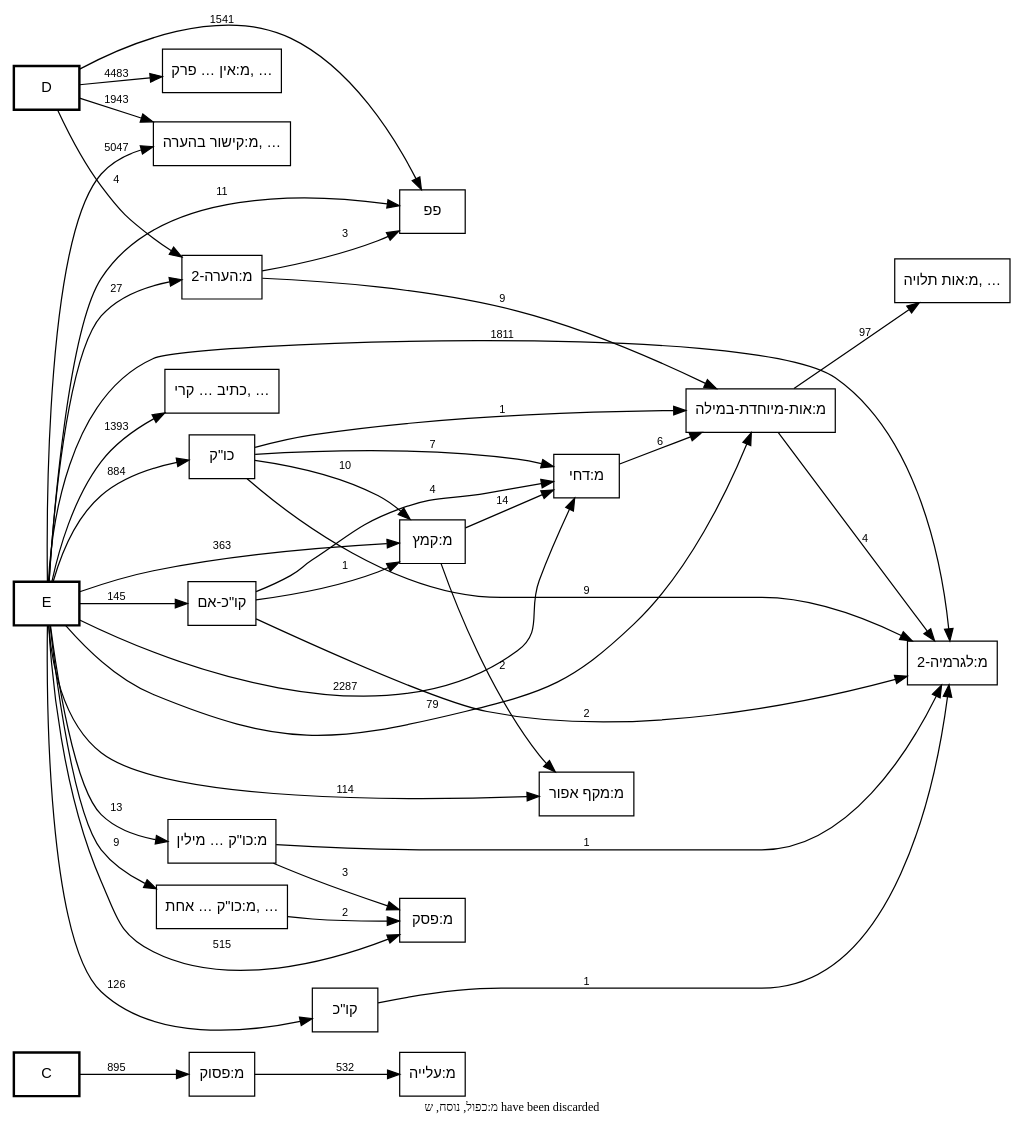
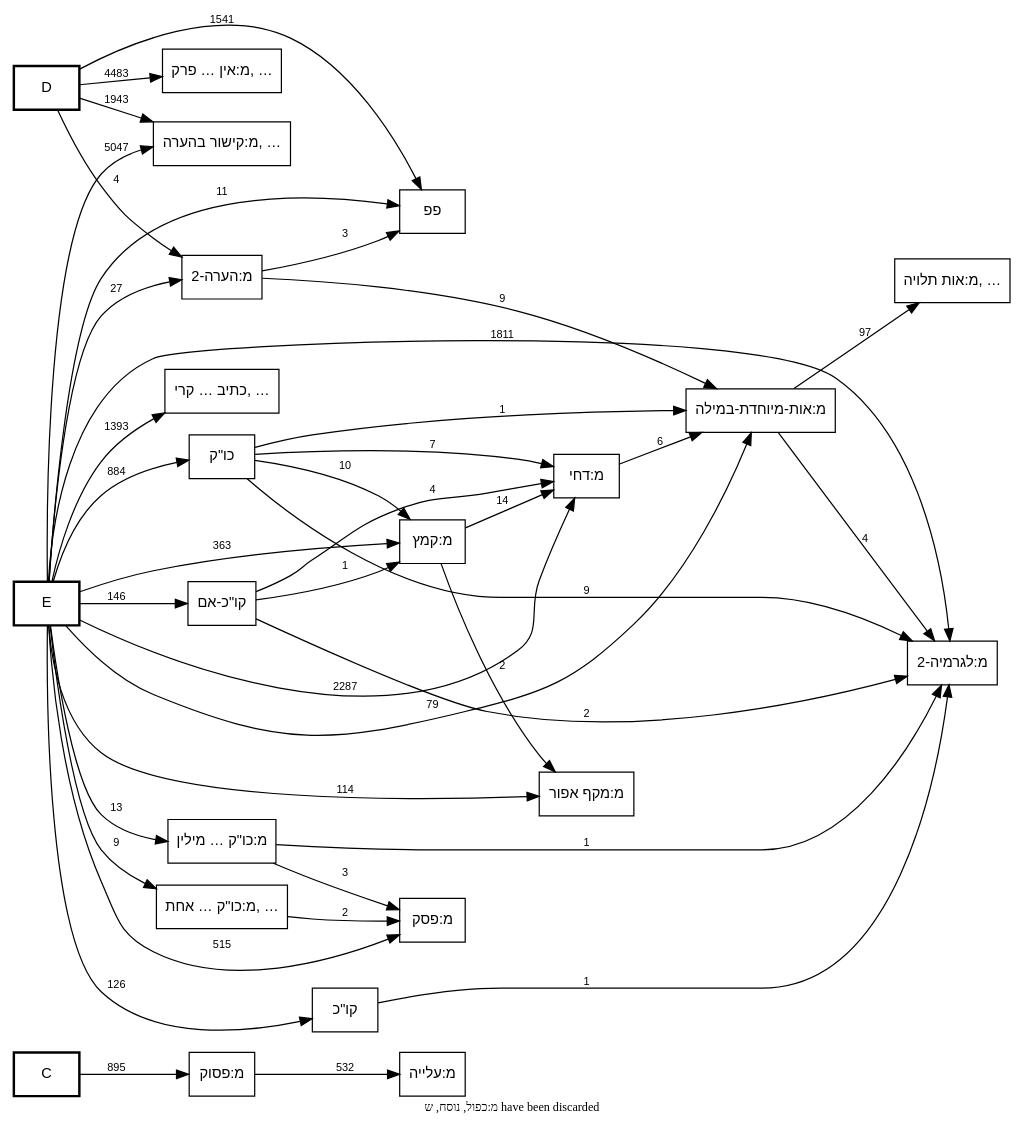
One commit to bdenckla/MAM-basics changed the diagram in out/MAM-tmpl-survey/plus-call-graph.dot. Above: the diagram before and after it, drawn with Graphviz. The commit also changed 7 other files, not shown here.

```diff
--- a/out/MAM-tmpl-survey/plus-call-graph.dot
+++ b/out/MAM-tmpl-survey/plus-call-graph.dot
@@ -1,92 +1,92 @@
 digraph template_call_graph {
     rankdir=LR;
     node [fontname="SBL Hebrew,Helvetica", fontsize=12];
     edge [fontname="Helvetica", fontsize=9];
 
     // Column nodes
     node [shape=box, style=bold];
     "C";
     "D";
     "E";
 
     // Template nodes
     node [shape=box, style=""];
     "כתיב … קרי, …" [tooltip="כתיב ולא קרי
 מ:כו\"ק בין שני מקפים
 מ:כו\"ק כתיב מילה חדה וקרי תרתין מילין בין שני מקפים
 מ:כו\"ק כתיב תרתין מילין וקרי מילה חדה
 מ:כו\"ק קרי שונה מהכתיב בשתי מילים
 מ:כו\"ק של שלוש מילים בהערה אחת
 מ:נו\"ן הפוכה
 מ:צינור
 מ:קו\"כ קרי שונה מהכתיב בשתי מילים
 מ:קישור פנימי בהערה
 מודגש
 קרי ולא כתיב
 ר0
 ר2
 ר3"];
     "מ:אות תלויה, …" [tooltip="מ:אות תלויה
 מ:אות-ג
 מ:אות-ק"];
     "מ:אין … פרק, …" [tooltip="מ:אין פרשה בתחילת פרק
 מ:אין פרשה בתחילת פרק בספרי אמ\"ת
 מ:אין רווח של פרשה בתחילת פרשת השבוע
 מ:ספר חדש
 מ:רווח בתרי עשר בפסוק הראשון
 מ:רווח לספר בתהלים בפסוק הראשון
 ר4"];
     "מ:כו\"ק כתיב מילה חדה וקרי תרתין מילין" [label="מ:כו\"ק … מילין", tooltip="מ:כו\"ק כתיב מילה חדה וקרי תרתין מילין"];
     "מ:כו\"ק … אחת, …" [tooltip="מ:כו\"ק של שתי מילים בהערה אחת
 מ:קו\"כ כתיב מילה חדה וקרי תרתין מילין"];
     "מ:קישור בהערה, …" [tooltip="מ:קישור בהערה
 מ:ששש
 סס
 ססס
 פפפ
 ר1"];
 
     // Note
     graph [label="מ:כפול, נוסח, ש have been discarded", labelloc=b, fontsize=10];
 
     // Edges
     "C" -> "מ:פסוק" [label="895"];
     "D" -> "מ:אין … פרק, …" [label="4483"];
     "D" -> "מ:הערה-2" [label="4"];
     "D" -> "מ:קישור בהערה, …" [label="1943"];
     "D" -> "פפ" [label="1541"];
     "E" -> "כו\"ק" [label="884"];
     "E" -> "כתיב … קרי, …" [label="1393"];
     "E" -> "מ:אות-מיוחדת-במילה" [label="79"];
     "E" -> "מ:דחי" [label="2287"];
     "E" -> "מ:הערה-2" [label="27"];
     "E" -> "מ:כו\"ק כתיב מילה חדה וקרי תרתין מילין" [label="13"];
     "E" -> "מ:כו\"ק … אחת, …" [label="9"];
     "E" -> "מ:לגרמיה-2" [label="1811"];
     "E" -> "מ:מקף אפור" [label="114"];
     "E" -> "מ:פסק" [label="515"];
     "E" -> "מ:קישור בהערה, …" [label="5047"];
     "E" -> "מ:קמץ" [label="363"];
     "E" -> "פפ" [label="11"];
     "E" -> "קו\"כ" [label="126"];
-    "E" -> "קו\"כ-אם" [label="145"];
+    "E" -> "קו\"כ-אם" [label="146"];
     "כו\"ק" -> "מ:אות-מיוחדת-במילה" [label="1"];
     "כו\"ק" -> "מ:דחי" [label="7"];
     "כו\"ק" -> "מ:לגרמיה-2" [label="9"];
     "כו\"ק" -> "מ:קמץ" [label="10"];
     "מ:אות-מיוחדת-במילה" -> "מ:אות תלויה, …" [label="97"];
     "מ:אות-מיוחדת-במילה" -> "מ:לגרמיה-2" [label="4"];
     "מ:דחי" -> "מ:אות-מיוחדת-במילה" [label="6"];
     "מ:הערה-2" -> "מ:אות-מיוחדת-במילה" [label="9"];
     "מ:הערה-2" -> "פפ" [label="3"];
     "מ:כו\"ק כתיב מילה חדה וקרי תרתין מילין" -> "מ:לגרמיה-2" [label="1"];
     "מ:כו\"ק כתיב מילה חדה וקרי תרתין מילין" -> "מ:פסק" [label="3"];
     "מ:כו\"ק … אחת, …" -> "מ:פסק" [label="2"];
     "מ:פסוק" -> "מ:עלייה" [label="532"];
     "מ:קמץ" -> "מ:דחי" [label="14"];
     "מ:קמץ" -> "מ:מקף אפור" [label="2"];
     "קו\"כ" -> "מ:לגרמיה-2" [label="1"];
     "קו\"כ-אם" -> "מ:דחי" [label="4"];
     "קו\"כ-אם" -> "מ:לגרמיה-2" [label="2"];
     "קו\"כ-אם" -> "מ:קמץ" [label="1"];
 }
```
